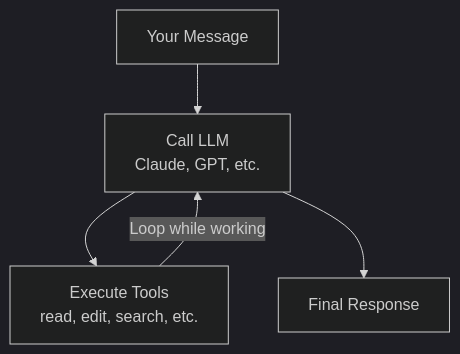
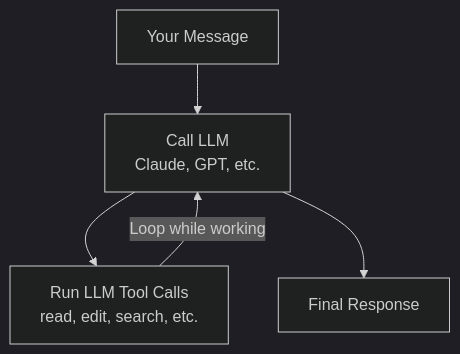
Before and after one commit to reliant-labs/reliant: the diagram in docs/workflows/overview.mdx, drawn with Mermaid (dark theme). The commit also changed 40 other files, not shown here.

````diff
--- a/docs/workflows/overview.mdx
+++ b/docs/workflows/overview.mdx
@@ -16,7 +16,7 @@
 ```mermaid
 flowchart TD
     message[Your Message] --> llm[Call LLM<br/>Claude, GPT, etc.]
-    llm --> tools[Execute Tools<br/>read, edit, search, etc.]
+    llm --> tools[Run LLM Tool Calls<br/>read, edit, search, etc.]
     tools -->|Loop while working| llm
     llm --> done[Final Response]
 ```
````
